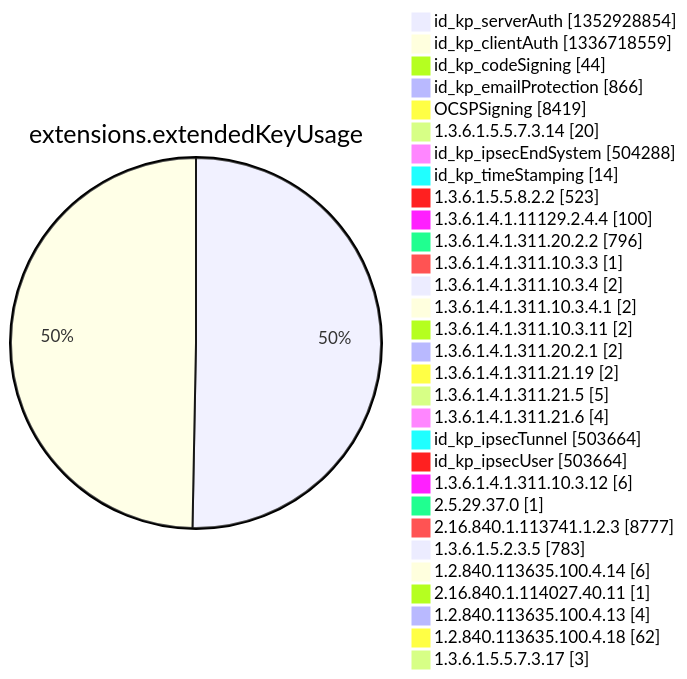
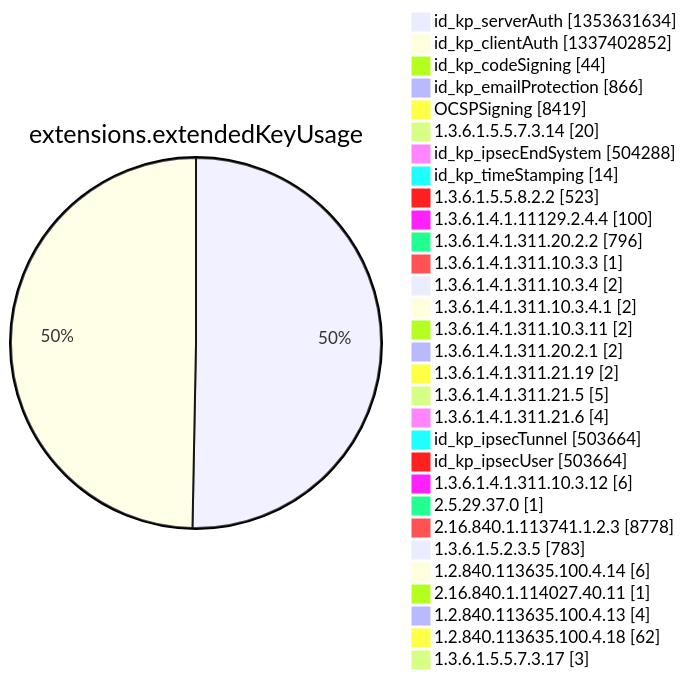
One commit to christiankrug/ctmonitor_visualization changed diagram 12 of 15 in argon2022/README.md. Above: the diagram before and after it, drawn with Mermaid. The commit also changed other lines of this file, not shown here.

````diff
--- a/argon2022/README.md
+++ b/argon2022/README.md
@@ -3553,34 +3553,34 @@
 ```mermaid
 pie showData
 title extensions.extendedKeyUsage
-"id_kp_serverAuth" :1352928854
-"id_kp_clientAuth" :1336718559
+"id_kp_serverAuth" :1353631634
+"id_kp_clientAuth" :1337402852
 "id_kp_codeSigning" :44
 "id_kp_emailProtection" :866
 "OCSPSigning" :8419
 "1.3.6.1.5.5.7.3.14" :20
 "id_kp_ipsecEndSystem" :504288
 "id_kp_timeStamping" :14
 "1.3.6.1.5.5.8.2.2" :523
 "1.3.6.1.4.1.11129.2.4.4" :100
 "1.3.6.1.4.1.311.20.2.2" :796
 "1.3.6.1.4.1.311.10.3.3" :1
 "1.3.6.1.4.1.311.10.3.4" :2
 "1.3.6.1.4.1.311.10.3.4.1" :2
 "1.3.6.1.4.1.311.10.3.11" :2
 "1.3.6.1.4.1.311.20.2.1" :2
 "1.3.6.1.4.1.311.21.19" :2
 "1.3.6.1.4.1.311.21.5" :5
 "1.3.6.1.4.1.311.21.6" :4
 "id_kp_ipsecTunnel" :503664
 "id_kp_ipsecUser" :503664
 "1.3.6.1.4.1.311.10.3.12" :6
 "2.5.29.37.0" :1
-"2.16.840.1.113741.1.2.3" :8777
+"2.16.840.1.113741.1.2.3" :8778
 "1.3.6.1.5.2.3.5" :783
 "1.2.840.113635.100.4.14" :6
 "2.16.840.1.114027.40.11" :1
 "1.2.840.113635.100.4.13" :4
 "1.2.840.113635.100.4.18" :62
 "1.3.6.1.5.5.7.3.17" :3
 ```
````
